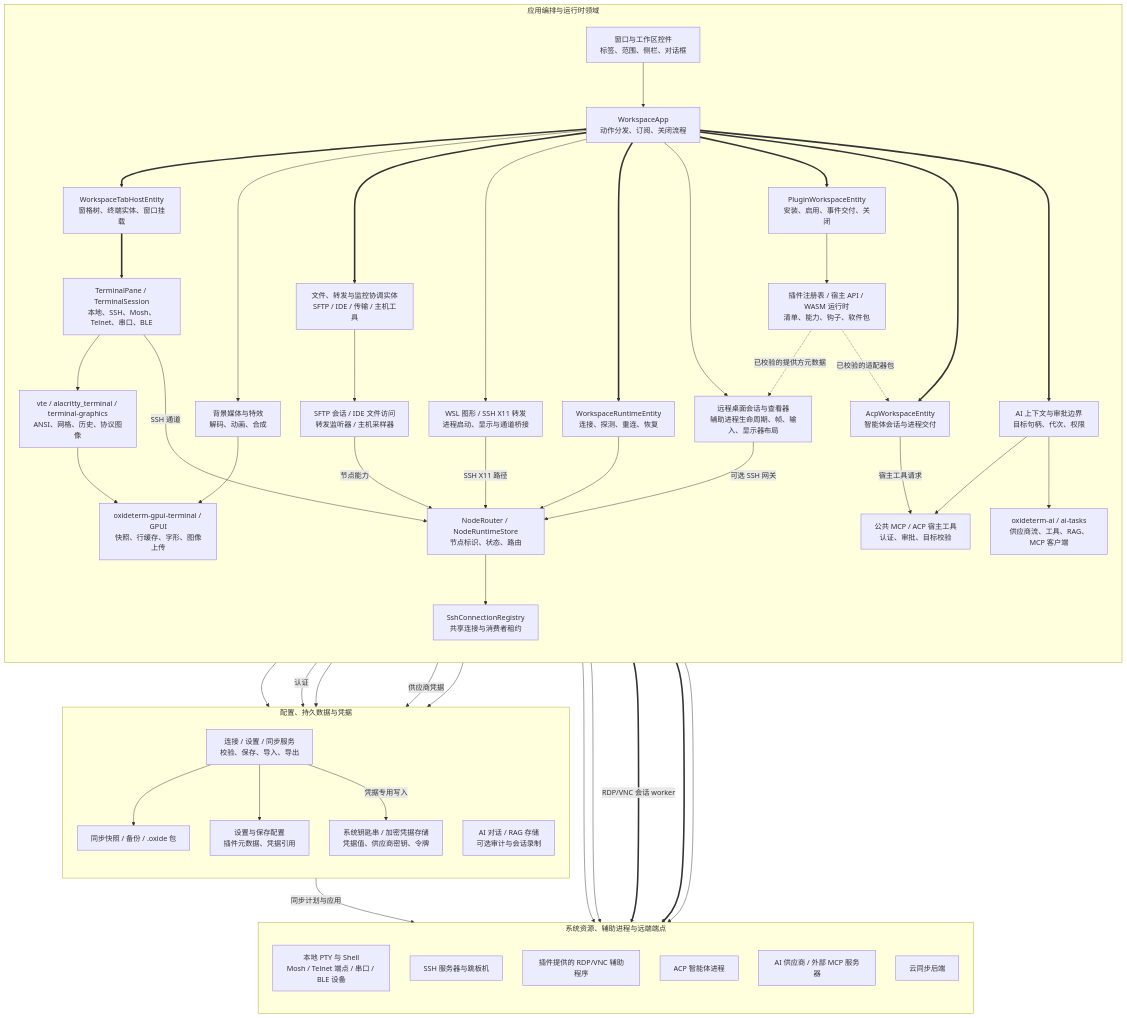
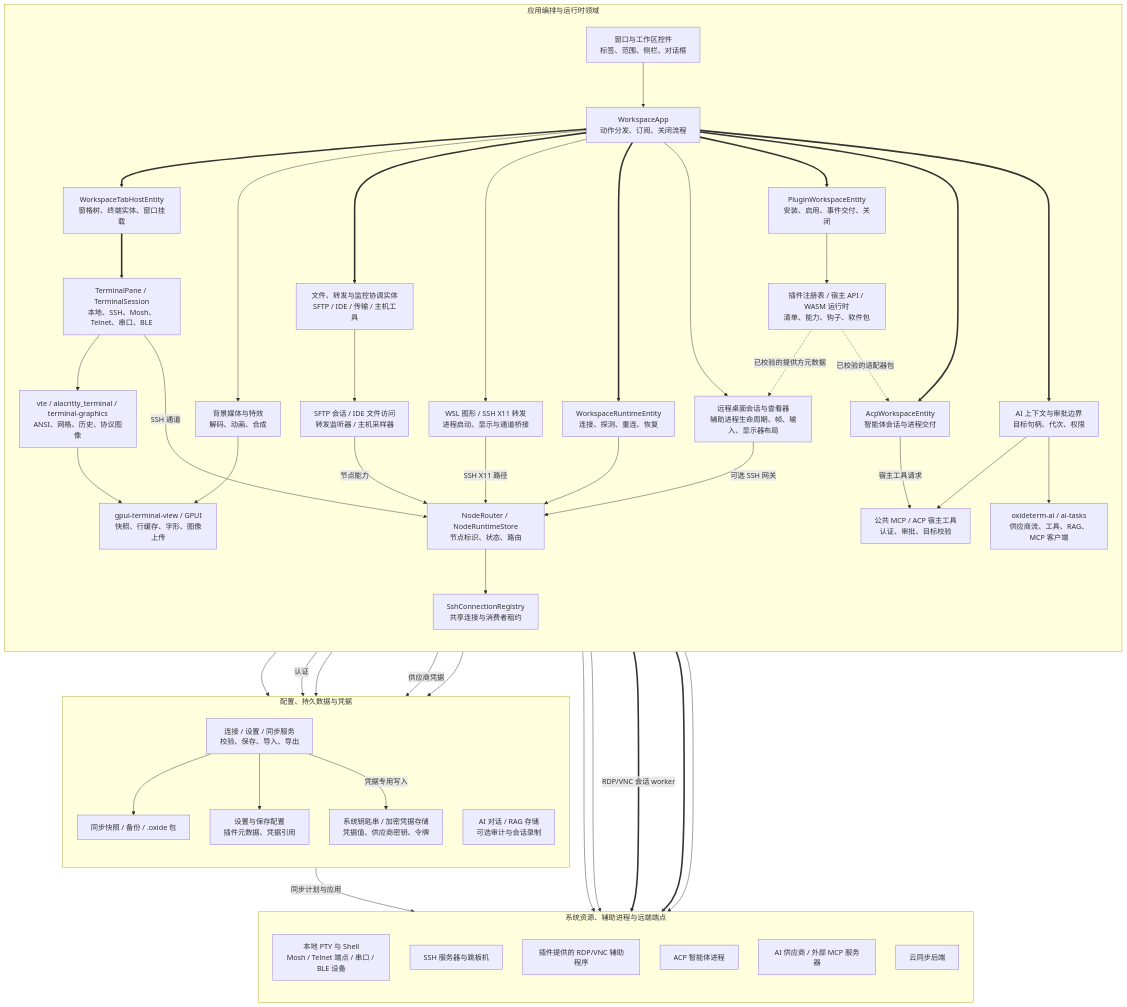
The second of 46 diagrams in docs/user-guide/zh-Hans/architecture.md (AnalyseDeCircuit/oxideterm), drawn with Mermaid before and after one commit. The commit also changed other lines of this file and 58 other files, not shown here.

```diff
--- a/docs/user-guide/zh-Hans/architecture.md
+++ b/docs/user-guide/zh-Hans/architecture.md
@@ -97,7 +107,7 @@
         Tabs["WorkspaceTabHostEntity<br/>窗格树、终端实体、窗口挂载"]
         Terminal["TerminalPane / TerminalSession<br/>本地、SSH、Mosh、Telnet、串口、BLE"]
         Grid["vte / alacritty_terminal / terminal-graphics<br/>ANSI、网格、历史、协议图像"]
-        Paint["oxideterm-gpui-terminal / GPUI<br/>快照、行缓存、字形、图像上传"]
+        Paint["gpui-terminal-view / GPUI<br/>快照、行缓存、字形、图像上传"]
         Media["背景媒体与特效<br/>解码、动画、合成"]
         Services["文件、转发与监控协调实体<br/>SFTP / IDE / 传输 / 主机工具"]
         Consumers["SFTP 会话 / IDE 文件访问<br/>转发监听器 / 主机采样器"]
```
